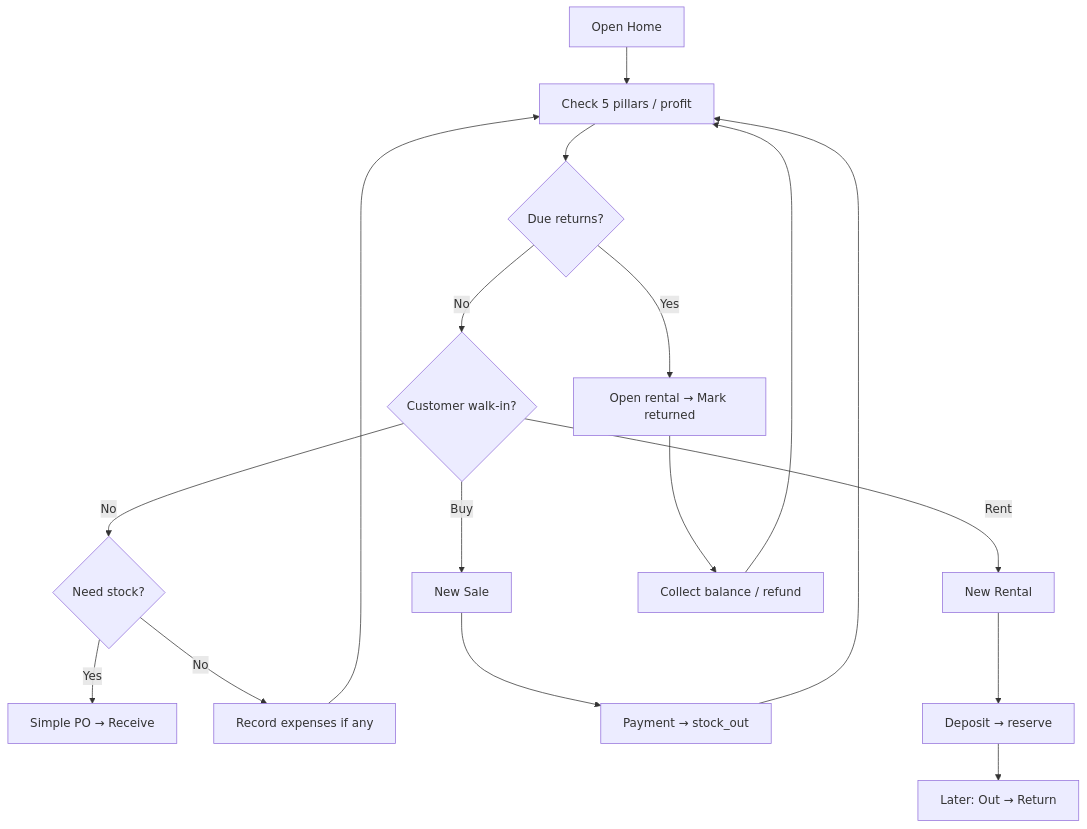
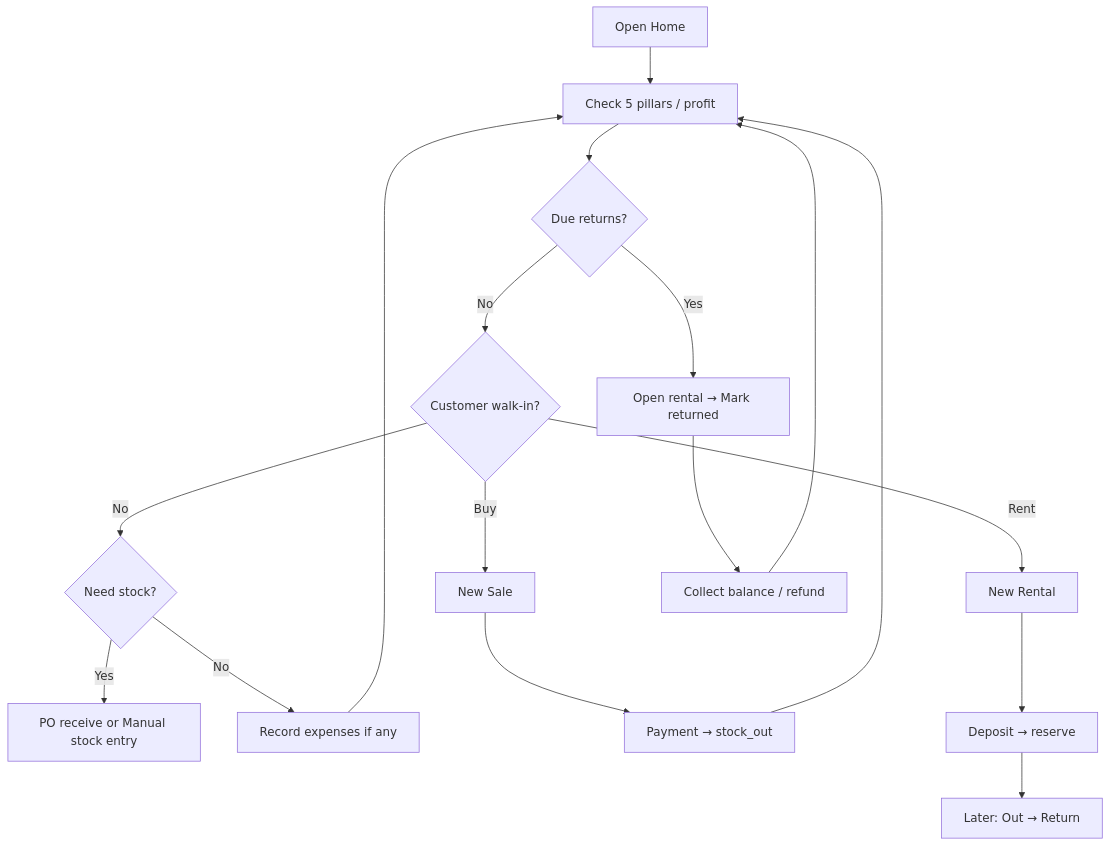
Before and after one commit to niaazaai/boms: the second of 13 diagrams in specs/flows/application-flows.md, drawn with Mermaid. The commit also changed other lines of this file and 25 other files, not shown here.

````diff
--- a/specs/flows/application-flows.md
+++ b/specs/flows/application-flows.md
@@ -29,17 +29,17 @@
 ```mermaid
 flowchart TD
   A[Open Home] --> B[Check 5 pillars / profit]
   B --> C{Due returns?}
   C -->|Yes| D[Open rental → Mark returned]
   C -->|No| E{Customer walk-in?}
   E -->|Buy| F[New Sale]
   E -->|Rent| G[New Rental]
   E -->|No| H{Need stock?}
-  H -->|Yes| I[Simple PO → Receive]
+  H -->|Yes| I[PO receive or Manual stock entry]
   H -->|No| J[Record expenses if any]
   F --> K[Payment → stock_out]
   G --> L[Deposit → reserve]
   L --> M[Later: Out → Return]
   D --> N[Collect balance / refund]
   K & N & J --> B
 ```
````
